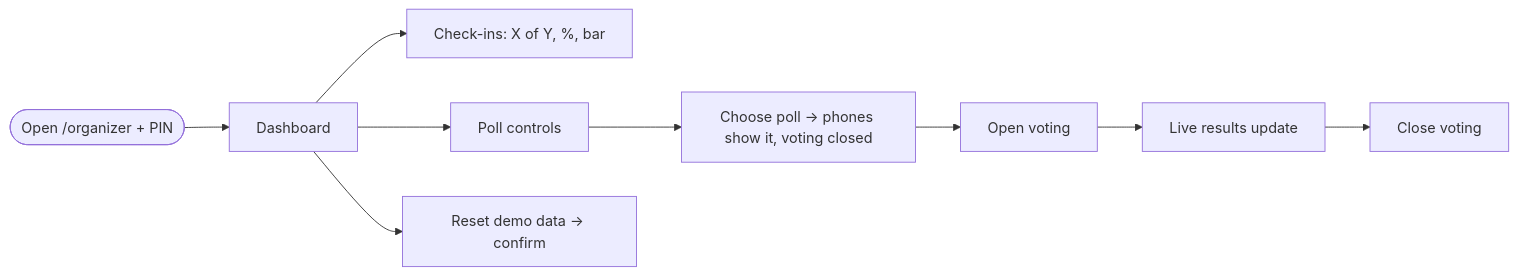
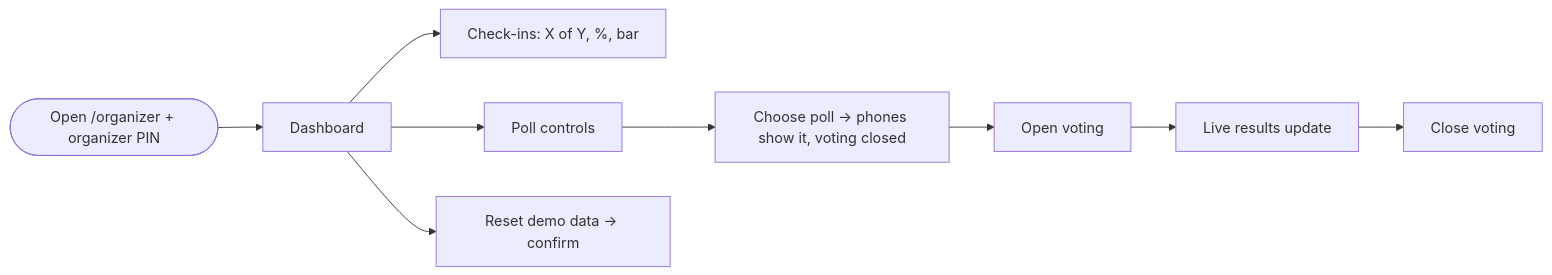
Before and after one commit to iankaranja13/Oxygene-Assessment: the third of 3 diagrams in docs/UX.md, drawn with Mermaid. The commit also changed other lines of this file and 4 other files, not shown here.

````diff
--- a/docs/UX.md
+++ b/docs/UX.md
@@ -74,11 +74,11 @@
 ```mermaid
 flowchart LR
-    A([Open /organizer + PIN]) --> B[Dashboard]
+    A([Open /organizer + organizer PIN]) --> B[Dashboard]
     B --> C[Check-ins: X of Y, %, bar]
     B --> D[Poll controls]
     D --> E[Choose poll → phones show it, voting closed]
     E --> F[Open voting]
     F --> G[Live results update]
     G --> H[Close voting]
     B --> I[Reset demo data → confirm]
 ```
````
